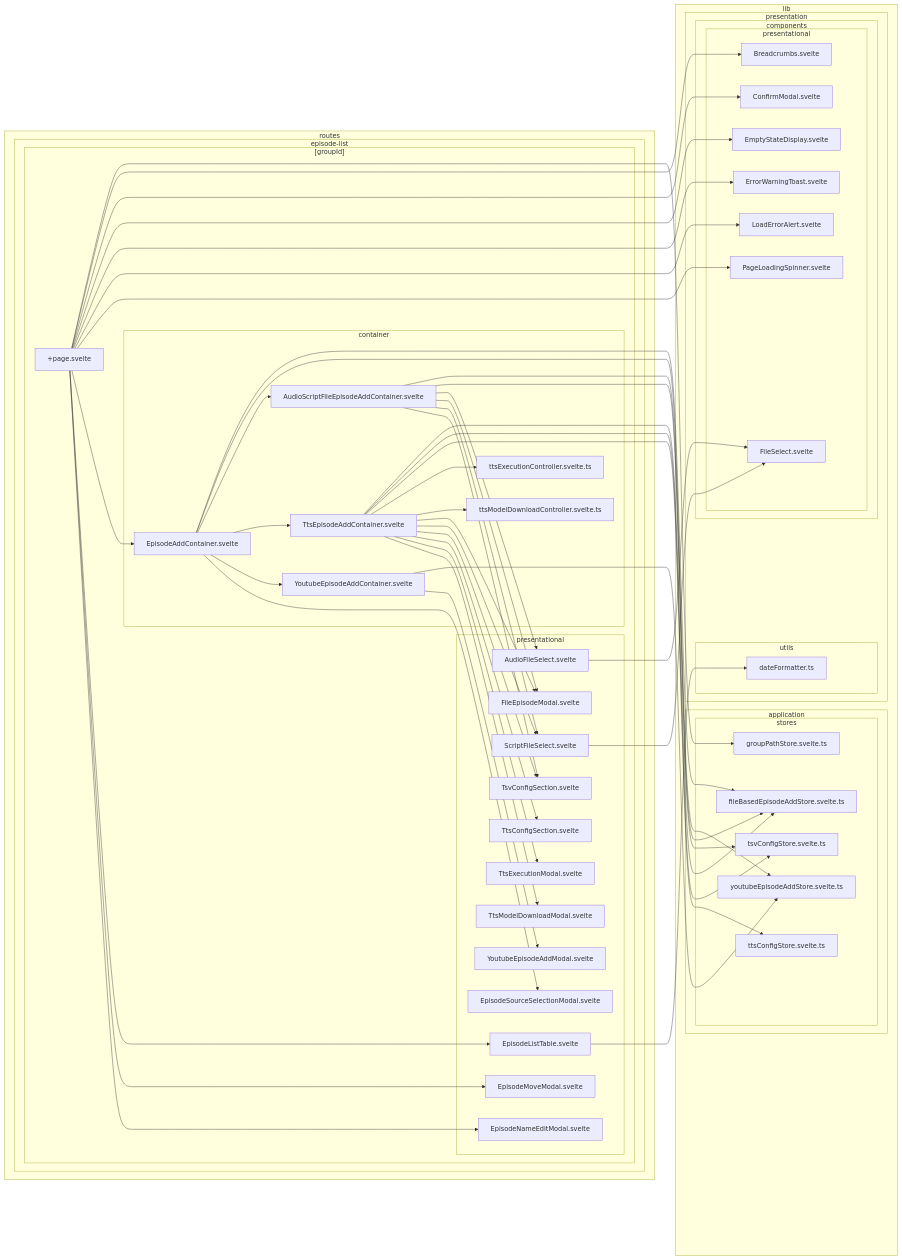
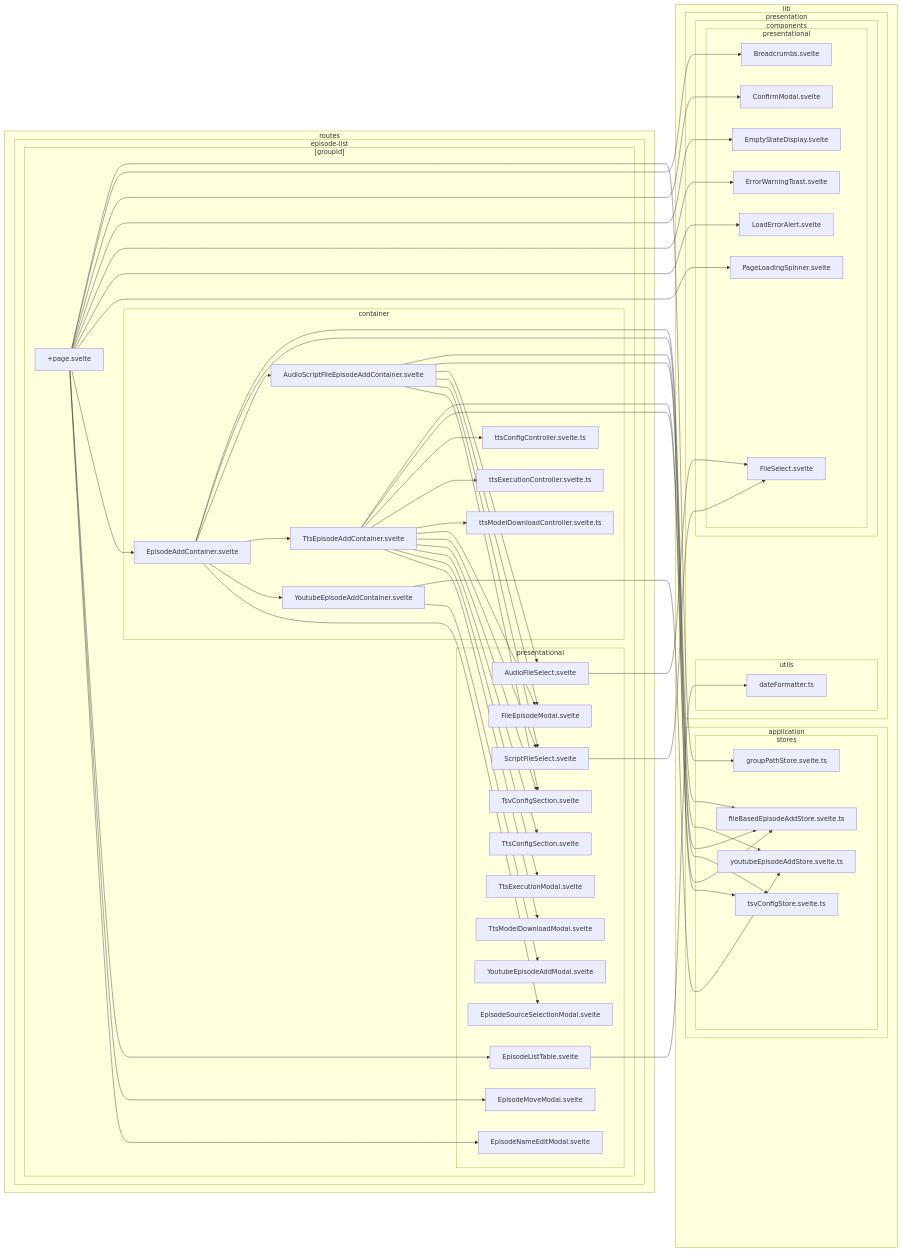
The second of 38 diagrams in doc/dependency-graph.md (k5n/kotonoha), drawn with Mermaid before and after one commit. The commit also changed 4 other files, not shown here.

Commit message:
refactor: implement TTS configuration controller and remove legacy store references

```diff
--- a/doc/dependency-graph.md
+++ b/doc/dependency-graph.md
@@ -64,7 +64,6 @@
                     src_lib_application_stores_fileBasedEpisodeAddStore_svelte_ts["fileBasedEpisodeAddStore.svelte.ts"]
                     src_lib_application_stores_groupPathStore_svelte_ts["groupPathStore.svelte.ts"]
                     src_lib_application_stores_tsvConfigStore_svelte_ts["tsvConfigStore.svelte.ts"]
-                    src_lib_application_stores_ttsConfigStore_svelte_ts["ttsConfigStore.svelte.ts"]
                     src_lib_application_stores_youtubeEpisodeAddStore_svelte_ts["youtubeEpisodeAddStore.svelte.ts"]
                 end
             end
@@ -91,6 +90,7 @@
                     subgraph sg_routes_episode_list__groupId__container ["container"]
                         src_routes_episode_list__groupId__container_AudioScriptFileEpisodeAddContainer_svelte["AudioScriptFileEpisodeAddContainer.svelte"]
                         src_routes_episode_list__groupId__container_EpisodeAddContainer_svelte["EpisodeAddContainer.svelte"]
+                        src_routes_episode_list__groupId__container_ttsConfigController_svelte_ts["ttsConfigController.svelte.ts"]
                         src_routes_episode_list__groupId__container_TtsEpisodeAddContainer_svelte["TtsEpisodeAddContainer.svelte"]
                         src_routes_episode_list__groupId__container_ttsExecutionController_svelte_ts["ttsExecutionController.svelte.ts"]
                         src_routes_episode_list__groupId__container_ttsModelDownloadController_svelte_ts["ttsModelDownloadController.svelte.ts"]
@@ -140,7 +140,7 @@
     src_routes_episode_list__groupId__container_AudioScriptFileEpisodeAddContainer_svelte --> src_routes_episode_list__groupId__presentational_TsvConfigSection_svelte
     src_routes_episode_list__groupId__container_TtsEpisodeAddContainer_svelte --> src_lib_application_stores_fileBasedEpisodeAddStore_svelte_ts
     src_routes_episode_list__groupId__container_TtsEpisodeAddContainer_svelte --> src_lib_application_stores_tsvConfigStore_svelte_ts
-    src_routes_episode_list__groupId__container_TtsEpisodeAddContainer_svelte --> src_lib_application_stores_ttsConfigStore_svelte_ts
+    src_routes_episode_list__groupId__container_TtsEpisodeAddContainer_svelte --> src_routes_episode_list__groupId__container_ttsConfigController_svelte_ts
     src_routes_episode_list__groupId__container_TtsEpisodeAddContainer_svelte --> src_routes_episode_list__groupId__container_ttsExecutionController_svelte_ts
     src_routes_episode_list__groupId__container_TtsEpisodeAddContainer_svelte --> src_routes_episode_list__groupId__container_ttsModelDownloadController_svelte_ts
     src_routes_episode_list__groupId__container_TtsEpisodeAddContainer_svelte --> src_routes_episode_list__groupId__presentational_FileEpisodeModal_svelte
```
